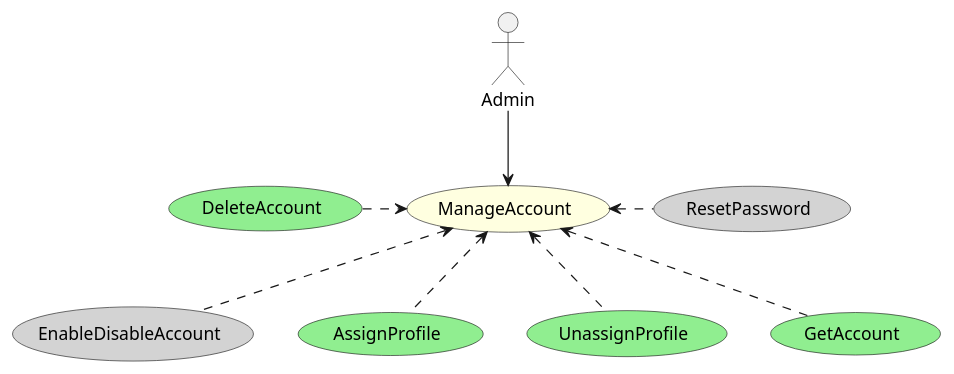
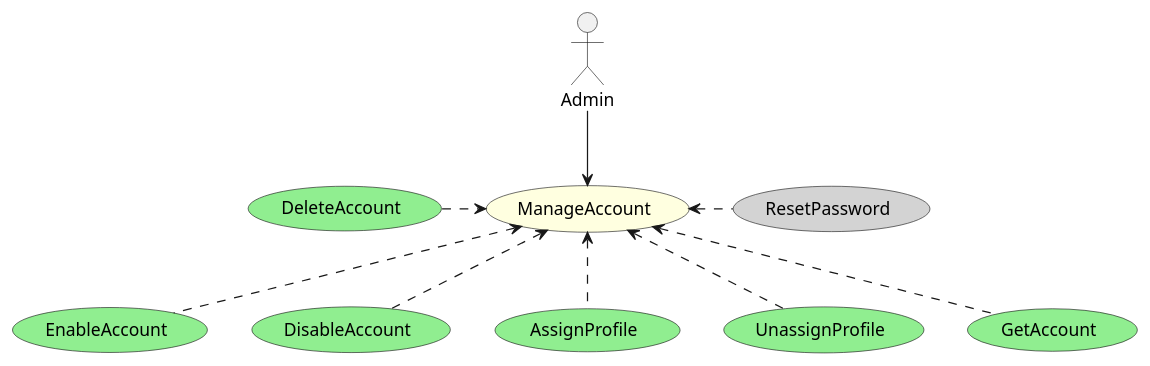
The diagram in documentation/usecase/UseCase.iam.ManageAccount.puml (zehgreven/nutri-be-ddd-ca), drawn with PlantUML before and after one commit. The commit also changed 16 other files, not shown here.

```diff
--- a/documentation/usecase/UseCase.iam.ManageAccount.puml
+++ b/documentation/usecase/UseCase.iam.ManageAccount.puml
@@ -1,21 +1,23 @@
 @startuml Use Case
 
 actor Admin
 
 usecase ManageAccount #LightYellow
-usecase EnableDisableAccount #LightGray
+usecase EnableAccount #LightGreen
+usecase DisableAccount #LightGreen
 usecase DeleteAccount #LightGreen
 usecase AssignProfile #LightGreen
 usecase UnassignProfile #LightGreen
 usecase GetAccount #LightGreen
 usecase ResetPassword #LightGray
 
 Admin --> (ManageAccount) 
 (ManageAccount) <.d. (AssignProfile) 
 (ManageAccount) <.d. (UnassignProfile) 
 (ManageAccount) <.d. (GetAccount) 
-(ManageAccount) <.d. (EnableDisableAccount) 
+(ManageAccount) <.d. (EnableAccount) 
+(ManageAccount) <.d. (DisableAccount) 
 (ManageAccount) <.l. (DeleteAccount) 
 (ManageAccount) <.r. (ResetPassword) 
 
 @enduml
```
